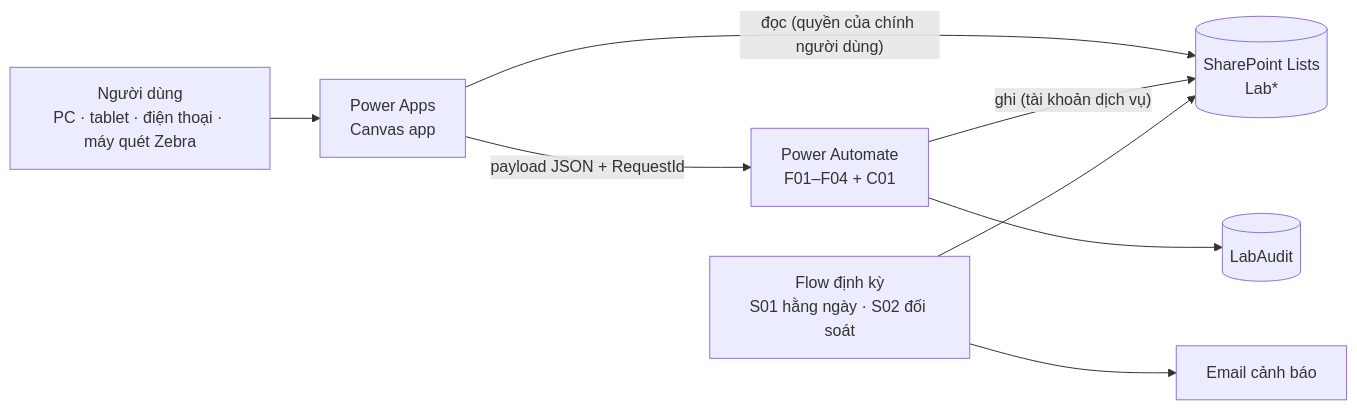
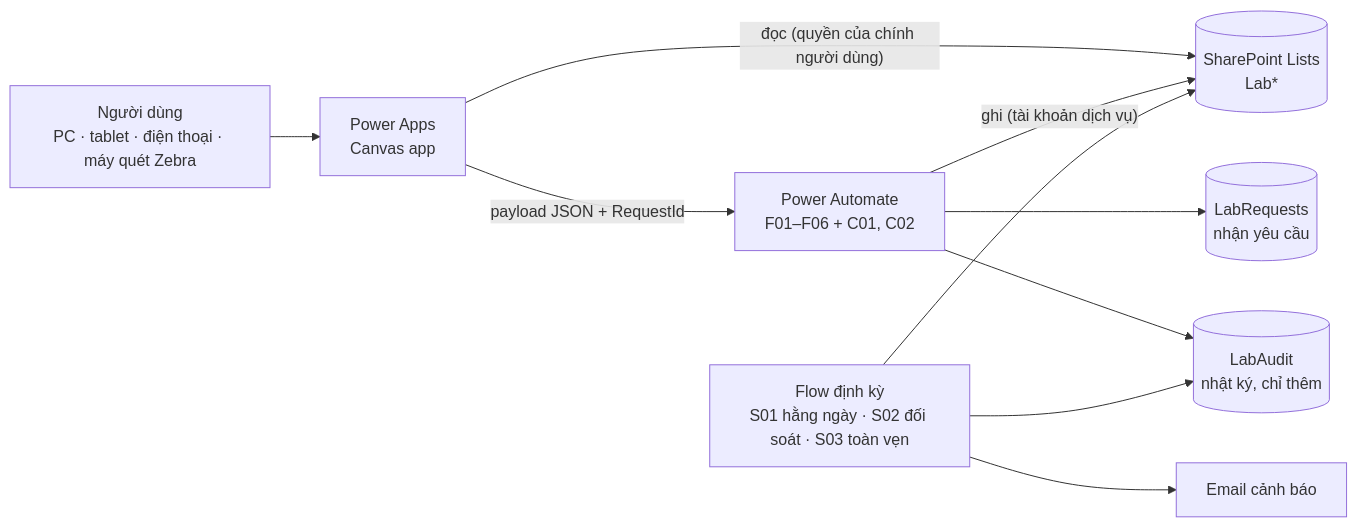
Before and after one commit to triducno102-pixel/QA-ChemPreparation: the first of 3 diagrams in docs/01-Thiet-ke-tong-the.md, drawn with Mermaid. The commit also changed other lines of this file and 15 other files, not shown here.

````diff
--- a/docs/01-Thiet-ke-tong-the.md
+++ b/docs/01-Thiet-ke-tong-the.md
@@ -46,10 +46,12 @@
 ```mermaid
 flowchart LR
     U["Người dùng<br/>PC · tablet · điện thoại · máy quét Zebra"] --> PA["Power Apps<br/>Canvas app"]
     PA -- "đọc (quyền của chính người dùng)" --> SP[("SharePoint Lists<br/>Lab*")]
-    PA -- "payload JSON + RequestId" --> F["Power Automate<br/>F01–F04 + C01"]
+    PA -- "payload JSON + RequestId" --> F["Power Automate<br/>F01–F06 + C01, C02"]
     F -- "ghi (tài khoản dịch vụ)" --> SP
-    F --> AU[("LabAudit")]
-    S["Flow định kỳ<br/>S01 hằng ngày · S02 đối soát"] --> SP
+    F --> RQ[("LabRequests<br/>nhận yêu cầu")]
+    F --> AU[("LabAudit<br/>nhật ký, chỉ thêm")]
+    S["Flow định kỳ<br/>S01 hằng ngày · S02 đối soát · S03 toàn vẹn"] --> SP
+    S --> AU
     S --> M["Email cảnh báo"]
 ```
````
